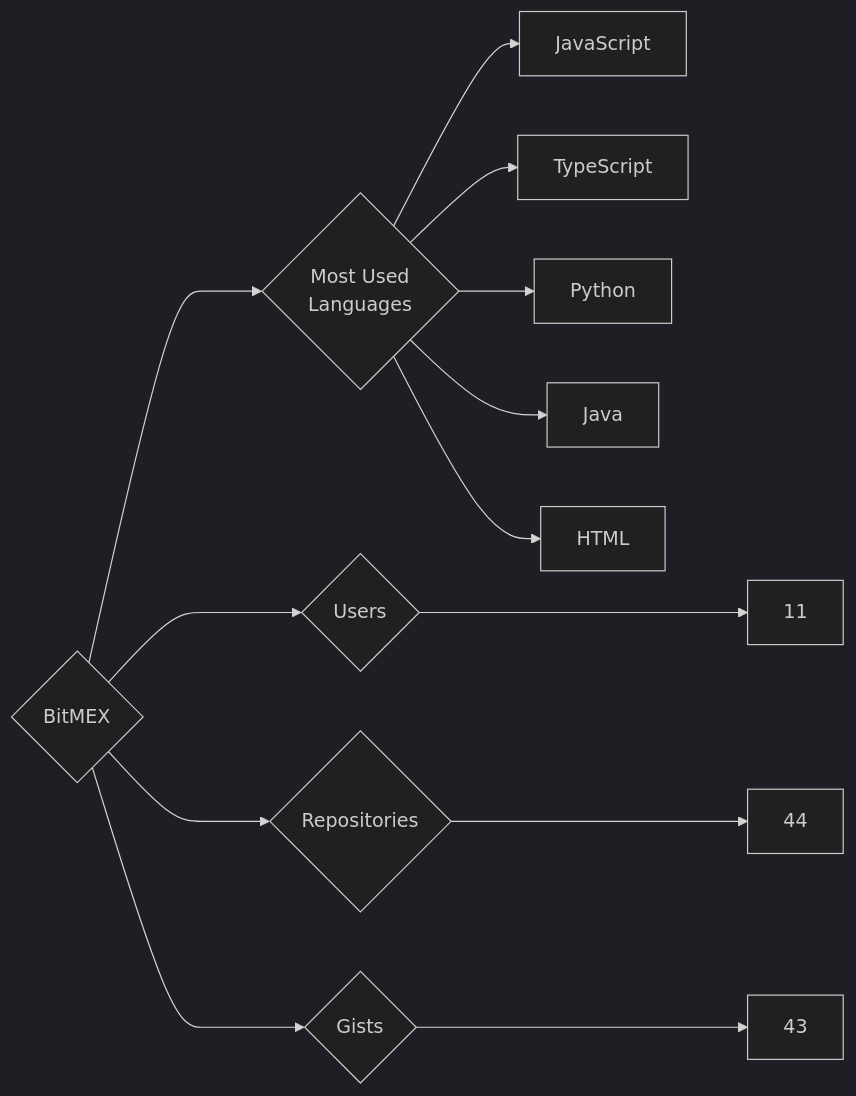
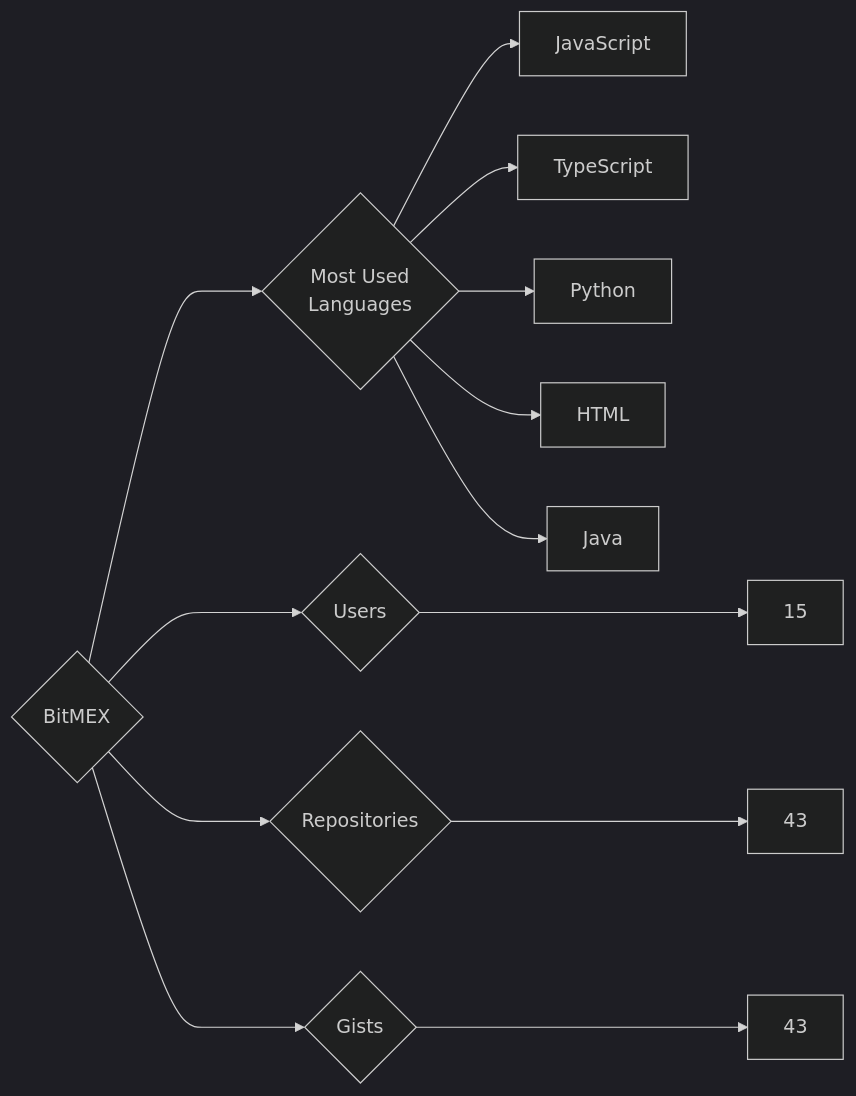
One commit to trickest/insiders changed the diagram in targets/BitMEX/README.md. Above: the diagram before and after it, drawn with Mermaid (dark theme). The commit also changed 1084 other files, not shown here.

````diff
--- a/targets/BitMEX/README.md
+++ b/targets/BitMEX/README.md
@@ -3,13 +3,13 @@
 ```mermaid
 graph LR
 COMPANY_NAME{BitMEX}
-COMPANY_NAME ---> U{Users} ---> UN[11]
-COMPANY_NAME ---> R{Repositories} ---> RN[44]
+COMPANY_NAME ---> U{Users} ---> UN[15]
+COMPANY_NAME ---> R{Repositories} ---> RN[43]
 COMPANY_NAME ---> G{Gists} ---> GN[43]
 COMPANY_NAME ---> ML{Most Used<br>Languages}
 ML --> JavaScript[JavaScript]
 ML --> TypeScript[TypeScript]
 ML --> Python[Python]
+ML --> HTML[HTML]
 ML --> Java[Java]
-ML --> HTML[HTML]
 ```
````
